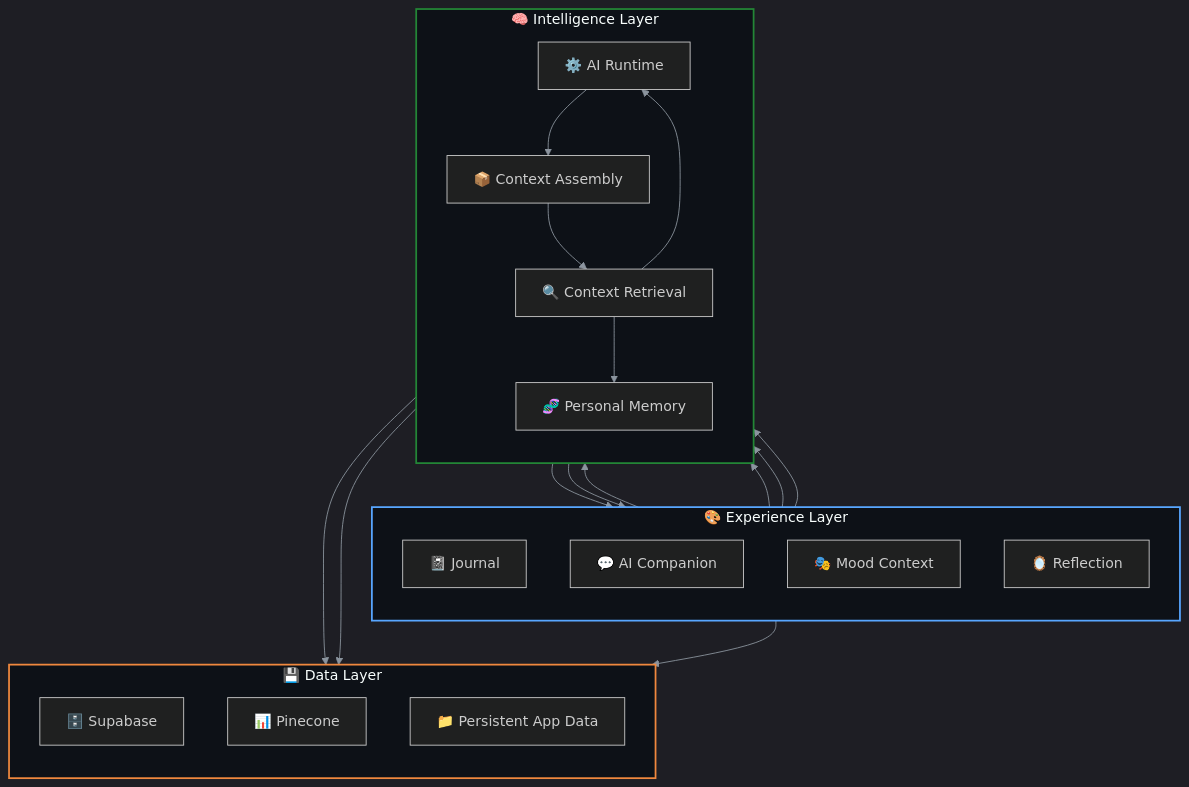
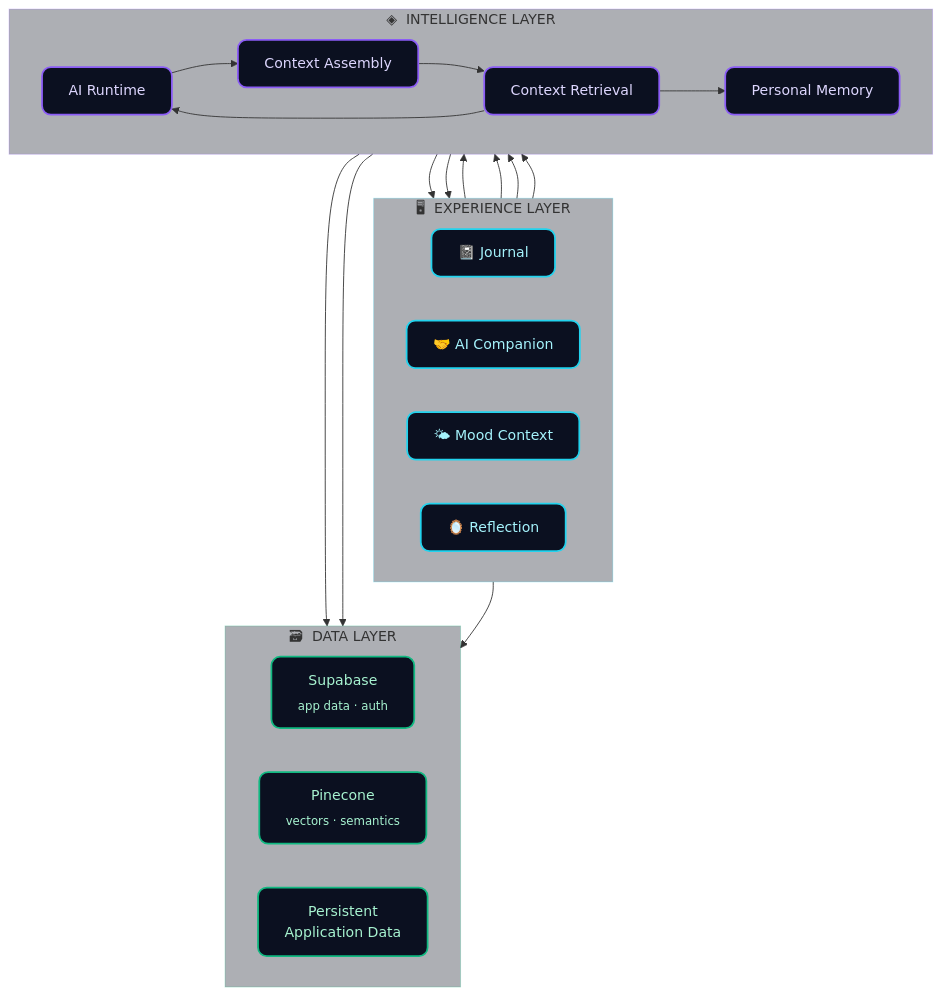
One commit to datascyther/Jouspace changed the fourth of 8 diagrams in README.md. Above: the diagram before and after it, drawn with Mermaid. The commit also changed other lines of this file, not shown here.

````diff
--- a/README.md
+++ b/README.md
@@ -341,48 +485,55 @@
 ```mermaid
-%%{init: {'theme': 'dark', 'themeVariables': { 'primaryColor': '#58a6ff', 'primaryTextColor': '#c9d1d9', 'primaryBorderColor': '#30363d', 'lineColor': '#8b949e', 'secondaryColor': '#161b22', 'tertiaryColor': '#21262d'}}}%%
 flowchart TB
 
-    subgraph Experience["🎨 Experience Layer"]
-        direction TB
+    subgraph Experience["🖥 &nbsp;EXPERIENCE LAYER"]
+        direction LR
         JOURNAL["📓 Journal"]
-        CHAT["💬 AI Companion"]
-        MOOD["🎭 Mood Context"]
+        CHAT["🤝 AI Companion"]
+        MOOD["🌤 Mood Context"]
         REFLECTION["🪞 Reflection"]
     end
 
-    subgraph Intelligence["🧠 Intelligence Layer"]
-        direction TB
-        RUNTIME["⚙️ AI Runtime"]
-        CONTEXT["📦 Context Assembly"]
-        RETRIEVAL["🔍 Context Retrieval"]
-        MEMORY["🧬 Personal Memory"]
+    subgraph Intelligence["◈ &nbsp;INTELLIGENCE LAYER"]
+        direction LR
+        RUNTIME["AI Runtime"]
+        CONTEXT["Context Assembly"]
+        RETRIEVAL["Context Retrieval"]
+        MEMORY["Personal Memory"]
     end
 
-    subgraph Data["💾 Data Layer"]
-        direction TB
-        SUPABASE["🗄️ Supabase"]
-        PINECONE["📊 Pinecone"]
-        STORAGE["📁 Persistent App Data"]
+    subgraph Data["🗃 &nbsp;DATA LAYER"]
+        direction LR
+        SUPABASE["Supabase<br/><sub>app data · auth</sub>"]
+        PINECONE["Pinecone<br/><sub>vectors · semantics</sub>"]
+        STORAGE["Persistent<br/>Application Data"]
     end
 
     JOURNAL --> CONTEXT
     CHAT --> RUNTIME
     MOOD --> CONTEXT
     REFLECTION --> CONTEXT
 
     RUNTIME --> CONTEXT
     CONTEXT --> RETRIEVAL
     RETRIEVAL --> MEMORY
 
     MEMORY --> PINECONE
     CONTEXT --> SUPABASE
     JOURNAL --> STORAGE
 
     RETRIEVAL --> RUNTIME
     RUNTIME --> CHAT
     RUNTIME --> REFLECTION
 
-    style Experience fill:#0d1117,stroke:#58a6ff,stroke-width:2px
-    style Intelligence fill:#0d1117,stroke:#238636,stroke-width:2px
-    style Data fill:#0d1117,stroke:#f0883e,stroke-width:2px
+    classDef exp fill:#0B1020,stroke:#22D3EE,stroke-width:2px,color:#A5F3FC,rx:10,ry:10;
+    classDef intel fill:#0B1020,stroke:#8B5CF6,stroke-width:2px,color:#DDD6FE,rx:10,ry:10;
+    classDef data fill:#0B1020,stroke:#10B981,stroke-width:2px,color:#A7F3D0,rx:10,ry:10;
+
+    class JOURNAL,CHAT,MOOD,REFLECTION exp
+    class RUNTIME,CONTEXT,RETRIEVAL,MEMORY intel
+    class SUPABASE,PINECONE,STORAGE data
+
+    style Experience fill:#0B102055,stroke:#22D3EE44,stroke-width:1px
+    style Intelligence fill:#0B102055,stroke:#8B5CF644,stroke-width:1px
+    style Data fill:#0B102055,stroke:#10B98144,stroke-width:1px
 ```
````
